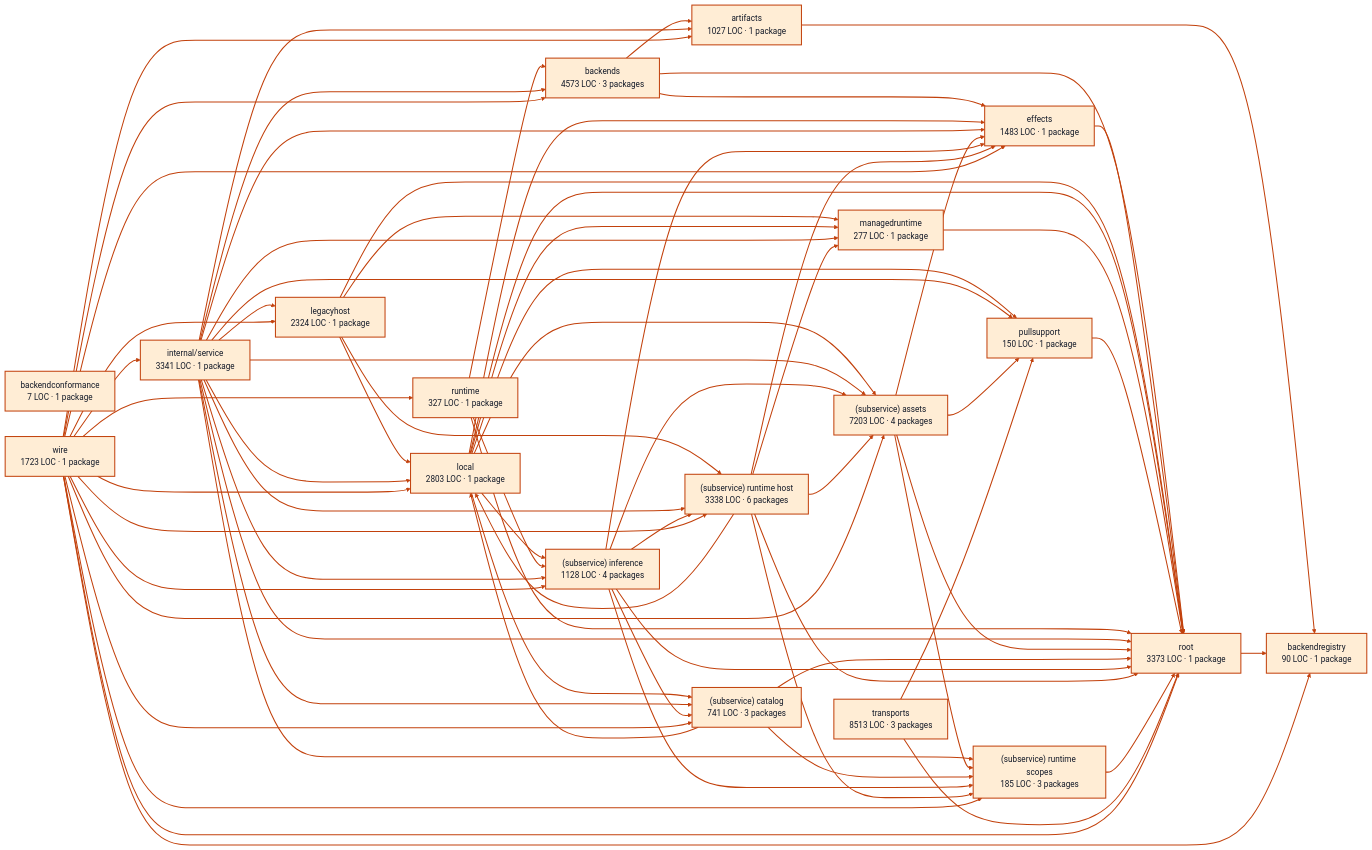
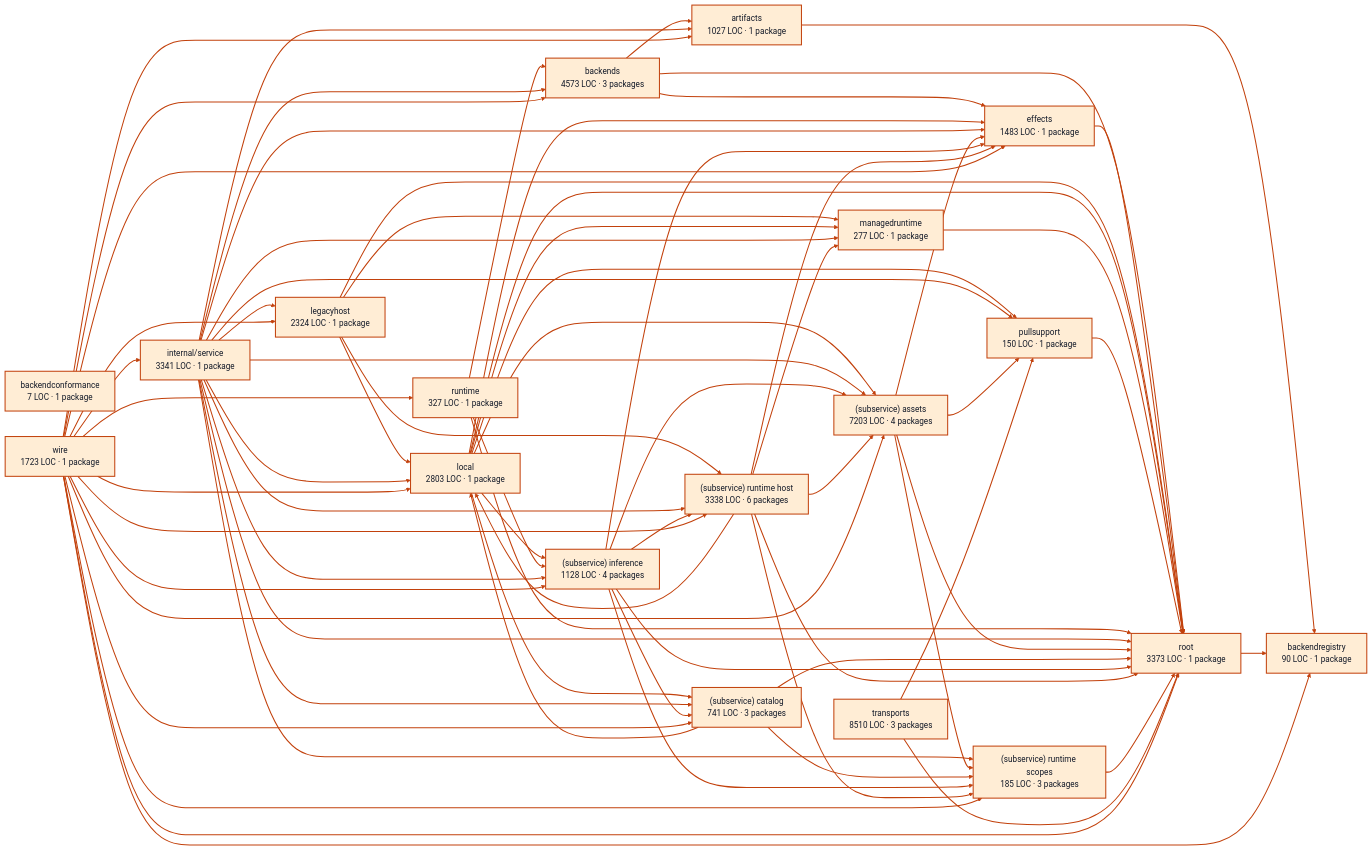
Before and after one commit to portpowered/you-agent-factory: the diagram in docs/architecture/visualizations/services/models.md, drawn with Mermaid. The commit also changed other lines of this file and 20 other files, not shown here.

Commit message:
docs: refresh backend architecture visualizations

```diff
--- a/docs/architecture/visualizations/services/models.md
+++ b/docs/architecture/visualizations/services/models.md
@@ -27,7 +27,7 @@
   p14["(subservice) runtime host<br/>3338 LOC · 6 packages"]
   p15["(subservice) runtime scopes<br/>185 LOC · 3 packages"]
   p16["root<br/>3373 LOC · 1 package"]
-  p17["transports<br/>8513 LOC · 3 packages"]
+  p17["transports<br/>8510 LOC · 3 packages"]
   p18["wire<br/>1723 LOC · 1 package"]
   p0 --> p2
   p3 --> p0
```
